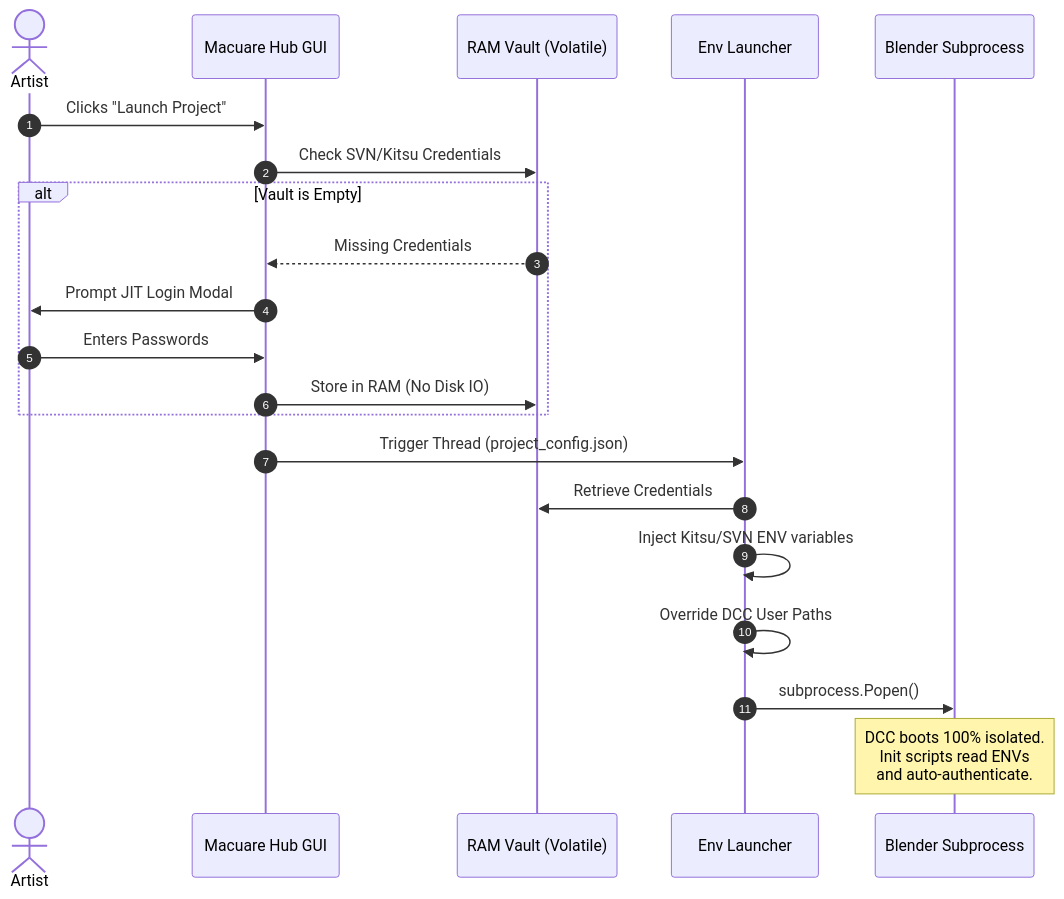
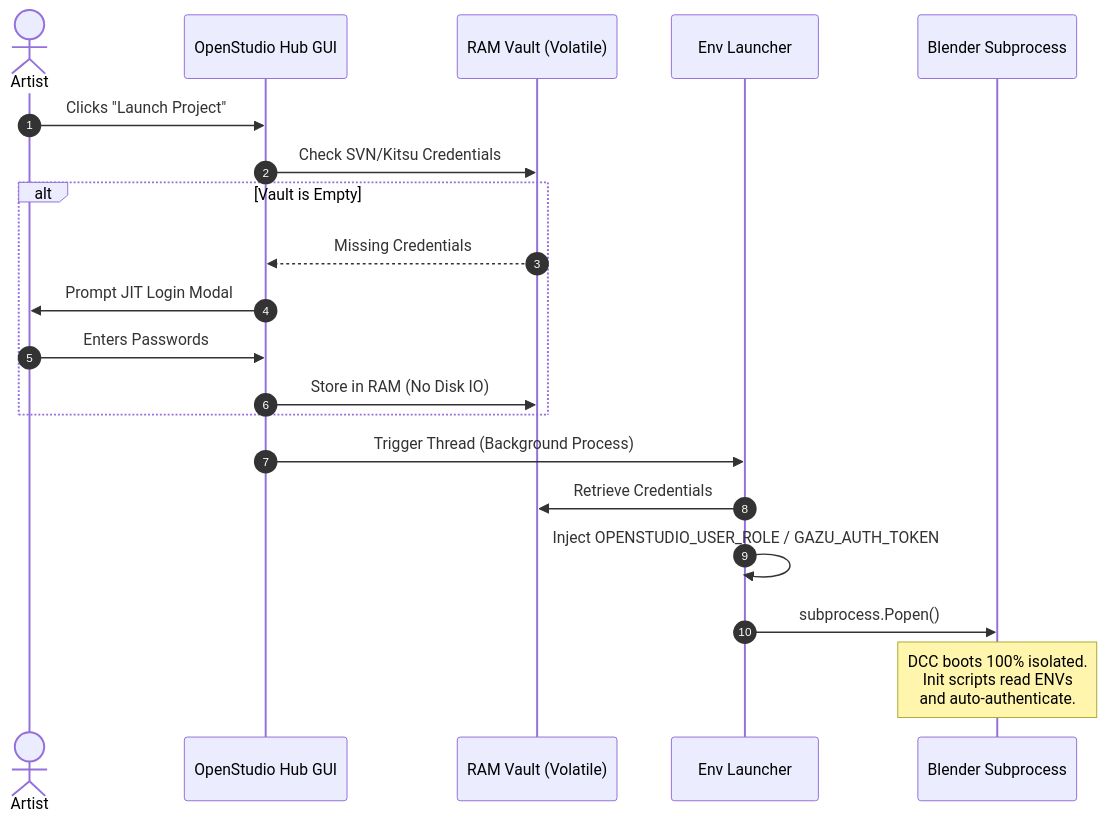
One commit to 3dvm/openstudio-hub changed the second of 2 diagrams in README.md. Above: the diagram before and after it, drawn with Mermaid. The commit also changed other lines of this file, not shown here.

First line of the commit message:
Rename Macuare Hub to OpenStudio Hub in README

````diff
--- a/README.md
+++ b/README.md
@@ -67,28 +82,27 @@
 ```mermaid
 sequenceDiagram
     autonumber
     actor Artist
-    participant UI as Macuare Hub GUI
+    participant UI as OpenStudio Hub GUI
     participant Vault as RAM Vault (Volatile)
     participant Core as Env Launcher
     participant DCC as Blender Subprocess
 
     Artist->>UI: Clicks "Launch Project"
     UI->>Vault: Check SVN/Kitsu Credentials
     
     alt Vault is Empty
         Vault-->>UI: Missing Credentials
         UI->>Artist: Prompt JIT Login Modal
         Artist->>UI: Enters Passwords
         UI->>Vault: Store in RAM (No Disk IO)
     end
     
-    UI->>Core: Trigger Thread (project_config.json)
+    UI->>Core: Trigger Thread (Background Process)
     Core->>Vault: Retrieve Credentials
-    Core->>Core: Inject Kitsu/SVN ENV variables
-    Core->>Core: Override DCC User Paths
+    Core->>Core: Inject OPENSTUDIO_USER_ROLE / GAZU_AUTH_TOKEN
     Core->>DCC: subprocess.Popen()
     
     Note over DCC: DCC boots 100% isolated.<br/>Init scripts read ENVs<br/>and auto-authenticate.
 
 ```
````
